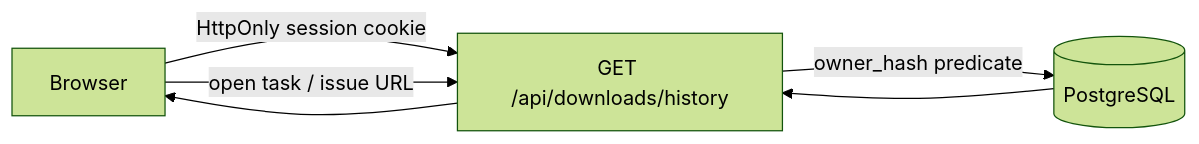
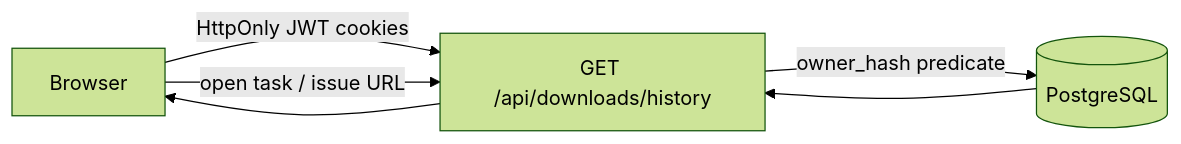
Before and after one commit to StephenQiu30/video-server: the diagram in docs/design/004-下载历史设计.md, drawn with Mermaid (forest theme). The commit also changed other lines of this file and 74 other files, not shown here.

````diff
--- a/docs/design/004-下载历史设计.md
+++ b/docs/design/004-下载历史设计.md
@@ -15,8 +15,8 @@
 ```mermaid
 flowchart LR
-    B[Browser] -->|HttpOnly session cookie| API[GET /api/downloads/history]
+    B[Browser] -->|HttpOnly JWT cookies| API[GET /api/downloads/history]
     API -->|owner_hash predicate| DB[(PostgreSQL)]
     DB --> API
     API --> B
     B -->|open task / issue URL| API
 ```
````
